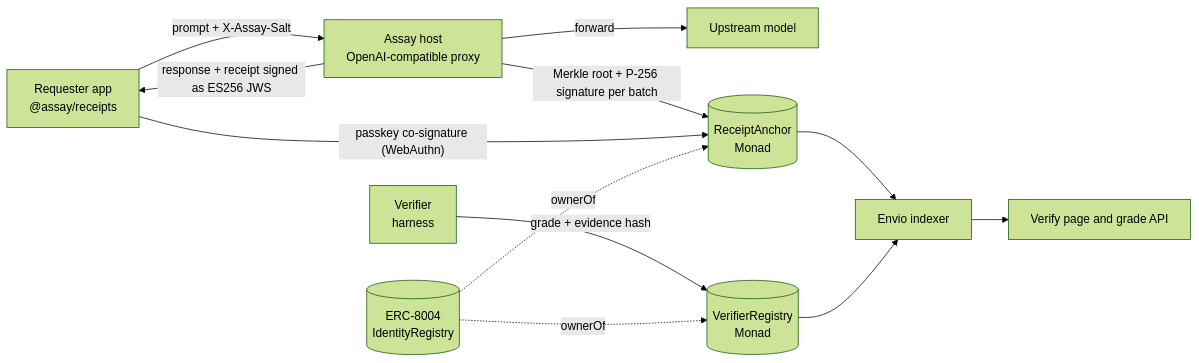
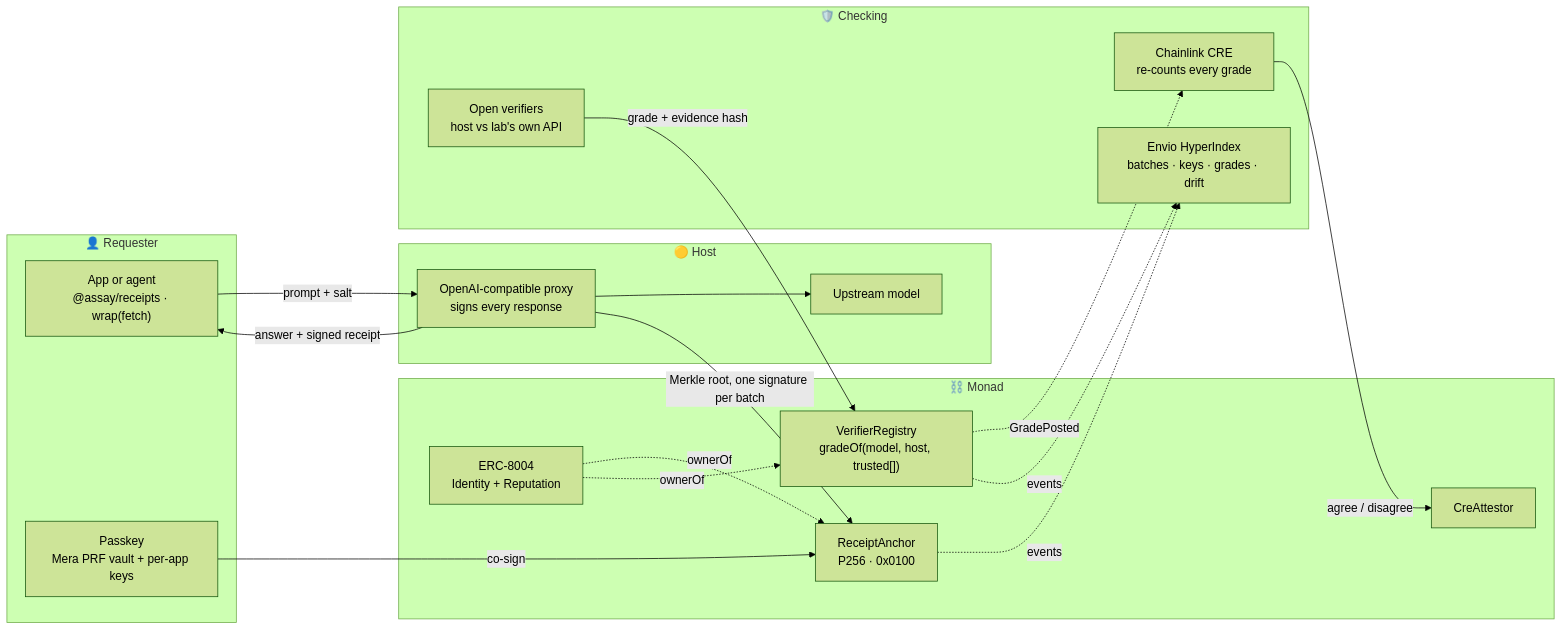
Before and after one commit to damli40/Assay: the diagram in README.md, drawn with Mermaid (forest theme). The commit also changed other lines of this file, not shown here.

````diff
--- a/README.md
+++ b/README.md
@@ -56,14 +53,32 @@
 ```mermaid
 flowchart LR
-  App["Requester app<br/>@assay/receipts"] -->|"prompt + X-Assay-Salt"| Host["Assay host<br/>OpenAI-compatible proxy"]
-  Host -->|forward| Model["Upstream model"]
-  Host -->|"response + receipt signed as ES256 JWS"| App
-  Host -->|"Merkle root + P-256 signature per batch"| RA[("ReceiptAnchor<br/>Monad")]
-  App -->|"passkey co-signature (WebAuthn)"| RA
-  Verifier["Verifier<br/>harness"] -->|"grade + evidence hash"| VR[("VerifierRegistry<br/>Monad")]
-  ID[("ERC-8004<br/>IdentityRegistry")] -.->|ownerOf| RA
-  ID -.->|ownerOf| VR
-  RA --> Indexer["Envio indexer"]
-  VR --> Indexer
-  Indexer --> Page["Verify page and grade API"]
+    subgraph You["👤 Requester"]
+        APP["App or agent<br/>@assay/receipts · wrap(fetch)"]
+        PK["Passkey<br/>Mera PRF vault + per-app keys"]
+    end
+    subgraph Host["🟡 Host"]
+        H["OpenAI-compatible proxy<br/>signs every response"]
+        UP["Upstream model"]
+    end
+    subgraph Monad["⛓️ Monad"]
+        RA["ReceiptAnchor<br/>P256 · 0x0100"]
+        VR["VerifierRegistry<br/>gradeOf(model, host, trusted[])"]
+        CA["CreAttestor"]
+        ID["ERC-8004<br/>Identity + Reputation"]
+    end
+    subgraph Trust["🛡️ Checking"]
+        V["Open verifiers<br/>host vs lab's own API"]
+        CRE["Chainlink CRE<br/>re-counts every grade"]
+        IDX["Envio HyperIndex<br/>batches · keys · grades · drift"]
+    end
+    APP -->|"prompt + salt"| H --> UP
+    H -->|"answer + signed receipt"| APP
+    H -->|"Merkle root, one signature per batch"| RA
+    PK -->|"co-sign"| RA
+    V -->|"grade + evidence hash"| VR
+    VR -. GradePosted .-> CRE -->|"agree / disagree"| CA
+    RA -. events .-> IDX
+    VR -. events .-> IDX
+    ID -. ownerOf .-> RA
+    ID -. ownerOf .-> VR
 ```
````
